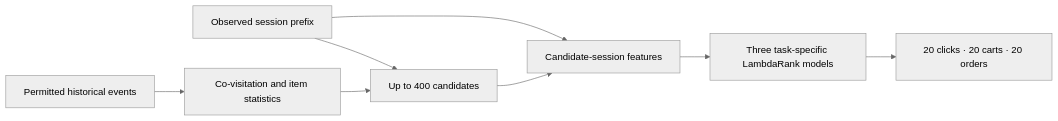
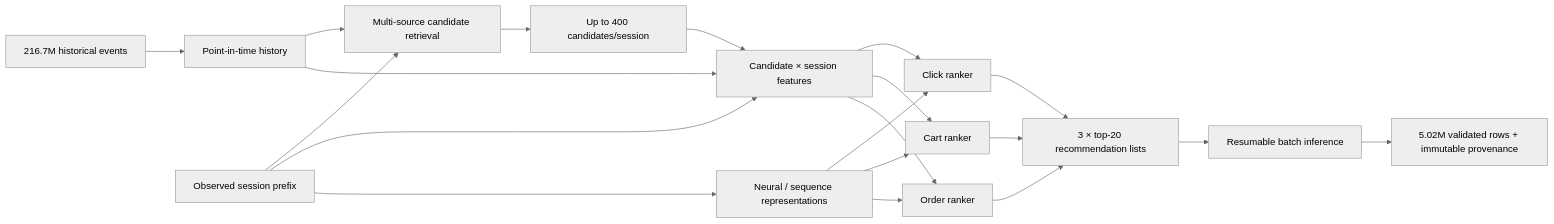
One commit to alvaromendizabal/otto-recommender-system changed the diagram in README.md. Above: the diagram before and after it, drawn with Mermaid (neutral theme). The commit also changed other lines of this file and 11 other files, not shown here.

````diff
--- a/README.md
+++ b/README.md
@@ -36,10 +45,22 @@
-```mermaid
+~~~mermaid
 flowchart LR
-    H[Permitted historical events] --> G[Co-visitation and item statistics]
-    P[Observed session prefix] --> C[Up to 400 candidates]
-    G --> C
-    P --> F[Candidate-session features]
-    C --> F
-    F --> R[Three task-specific LambdaRank models]
-    R --> O[20 clicks · 20 carts · 20 orders]
-```
+    A[216.7M historical events] --> H[Point-in-time history]
+    P[Observed session prefix] --> C[Multi-source candidate retrieval]
+    H --> C
+    C --> K[Up to 400 candidates/session]
+    P --> F[Candidate × session features]
+    H --> F
+    K --> F
+    F --> R1[Click ranker]
+    F --> R2[Cart ranker]
+    F --> R3[Order ranker]
+    P --> N[Neural / sequence representations]
+    N --> R1
+    N --> R2
+    N --> R3
+    R1 --> O[3 × top-20 recommendation lists]
+    R2 --> O
+    R3 --> O
+    O --> B[Resumable batch inference]
+    B --> V[5.02M validated rows + immutable provenance]
+~~~
````
